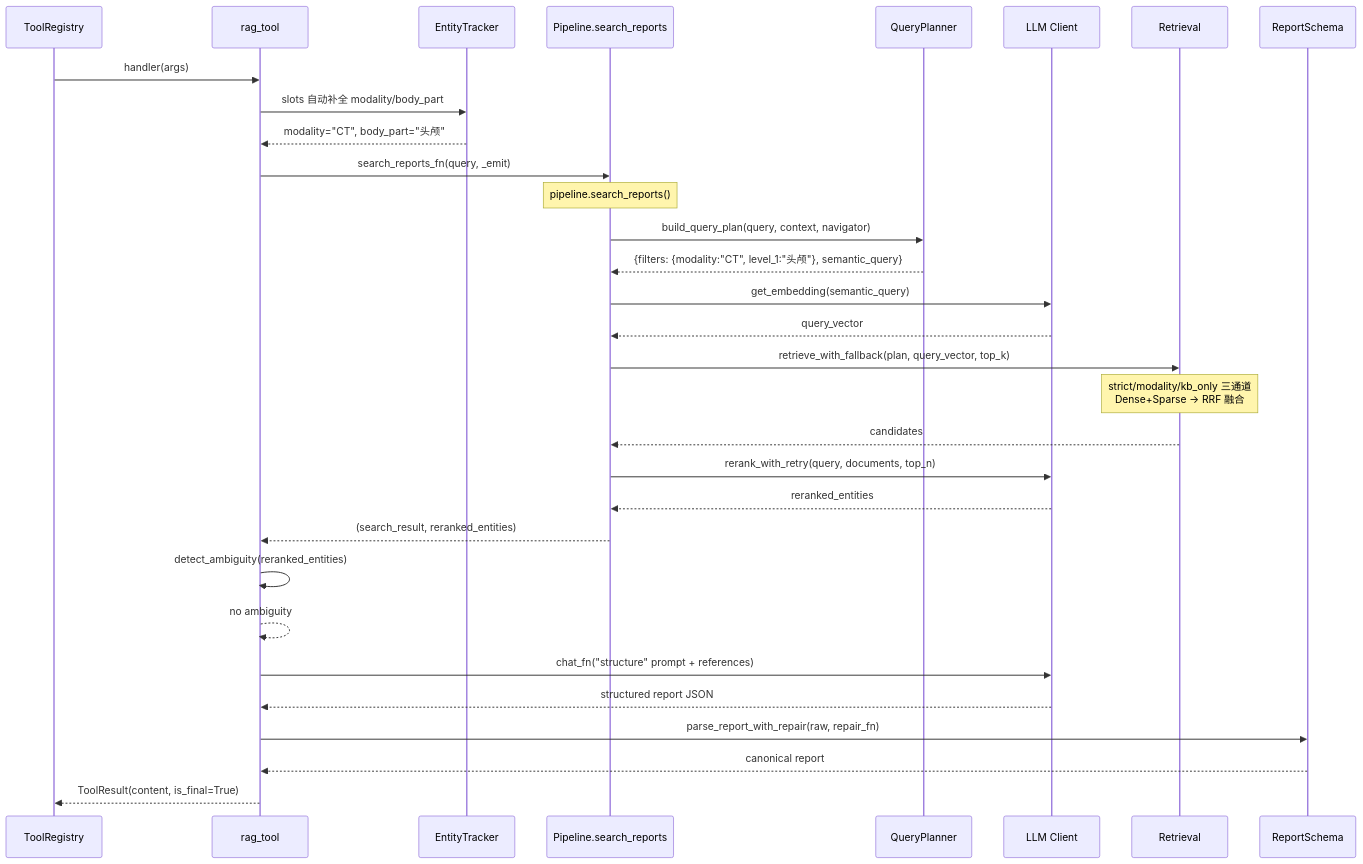
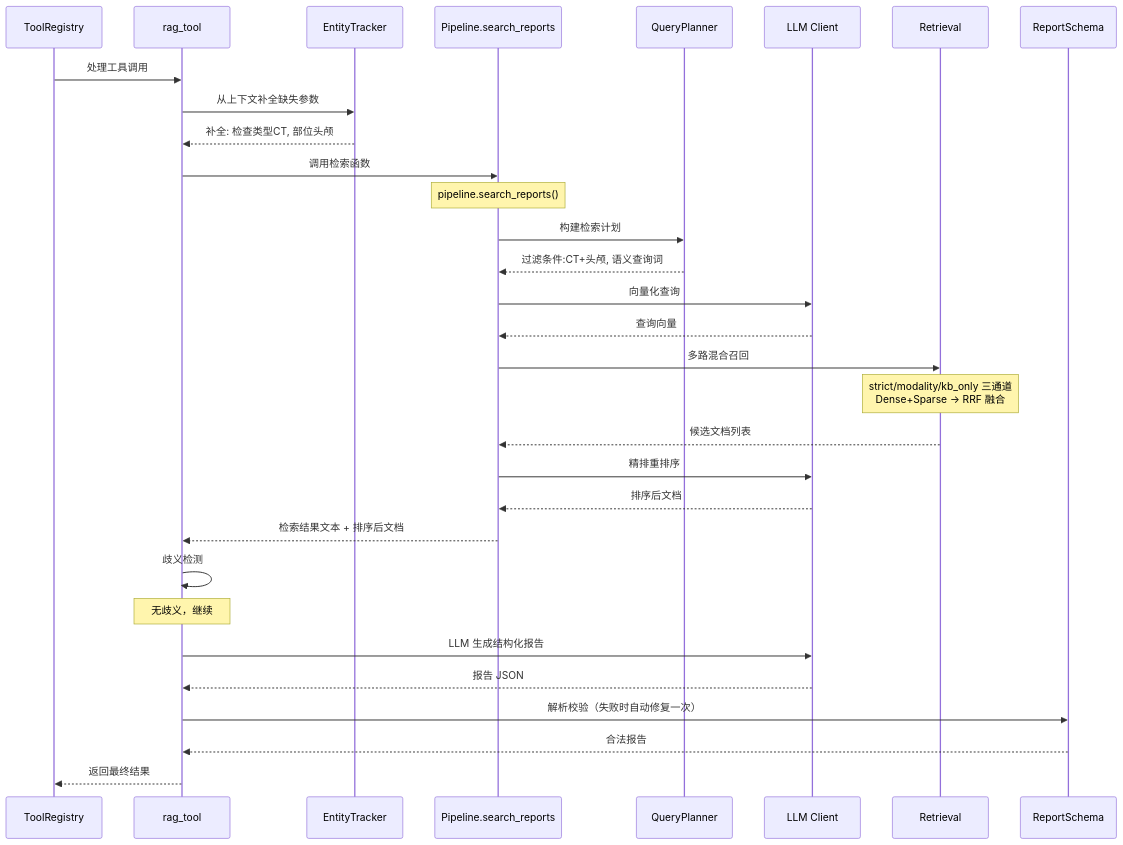
One commit to cw12309/report-generation changed the diagram in docs/uml/03_rag_search_internal.md. Above: the diagram before and after it, drawn with Mermaid. The commit also changed 9 other files, not shown here.

````diff
--- a/docs/uml/03_rag_search_internal.md
+++ b/docs/uml/03_rag_search_internal.md
@@ -3,45 +3,45 @@
 ```mermaid
 sequenceDiagram
     participant TR as ToolRegistry
     participant RAG as rag_tool
     participant ET as EntityTracker
     participant SR as Pipeline.search_reports
     participant QP as QueryPlanner
     participant LC as LLM Client
     participant RET as Retrieval
     participant RS as ReportSchema
 
-    TR->>RAG: handler(args)
+    TR->>RAG: 处理工具调用
 
-    RAG->>ET: slots 自动补全 modality/body_part
-    ET-->>RAG: modality="CT", body_part="头颅"
+    RAG->>ET: 从上下文补全缺失参数
+    ET-->>RAG: 补全: 检查类型CT, 部位头颅
 
-    RAG->>SR: search_reports_fn(query, _emit)
+    RAG->>SR: 调用检索函数
     Note over SR: pipeline.search_reports()
 
-    SR->>QP: build_query_plan(query, context, navigator)
-    QP-->>SR: {filters: {modality:"CT", level_1:"头颅"}, semantic_query}
+    SR->>QP: 构建检索计划
+    QP-->>SR: 过滤条件:CT+头颅, 语义查询词
 
-    SR->>LC: get_embedding(semantic_query)
-    LC-->>SR: query_vector
+    SR->>LC: 向量化查询
+    LC-->>SR: 查询向量
 
-    SR->>RET: retrieve_with_fallback(plan, query_vector, top_k)
+    SR->>RET: 多路混合召回
     Note over RET: strict/modality/kb_only 三通道<br/>Dense+Sparse → RRF 融合
-    RET-->>SR: candidates
+    RET-->>SR: 候选文档列表
 
-    SR->>LC: rerank_with_retry(query, documents, top_n)
-    LC-->>SR: reranked_entities
+    SR->>LC: 精排重排序
+    LC-->>SR: 排序后文档
 
-    SR-->>RAG: (search_result, reranked_entities)
+    SR-->>RAG: 检索结果文本 + 排序后文档
 
-    RAG->>RAG: detect_ambiguity(reranked_entities)
-    RAG-->>RAG: no ambiguity
+    RAG->>RAG: 歧义检测
+    Note over RAG: 无歧义，继续
 
-    RAG->>LC: chat_fn("structure" prompt + references)
-    LC-->>RAG: structured report JSON
+    RAG->>LC: LLM 生成结构化报告
+    LC-->>RAG: 报告 JSON
 
-    RAG->>RS: parse_report_with_repair(raw, repair_fn)
-    RS-->>RAG: canonical report
+    RAG->>RS: 解析校验（失败时自动修复一次）
+    RS-->>RAG: 合法报告
 
-    RAG-->>TR: ToolResult(content, is_final=True)
+    RAG-->>TR: 返回最终结果
 ```
````
